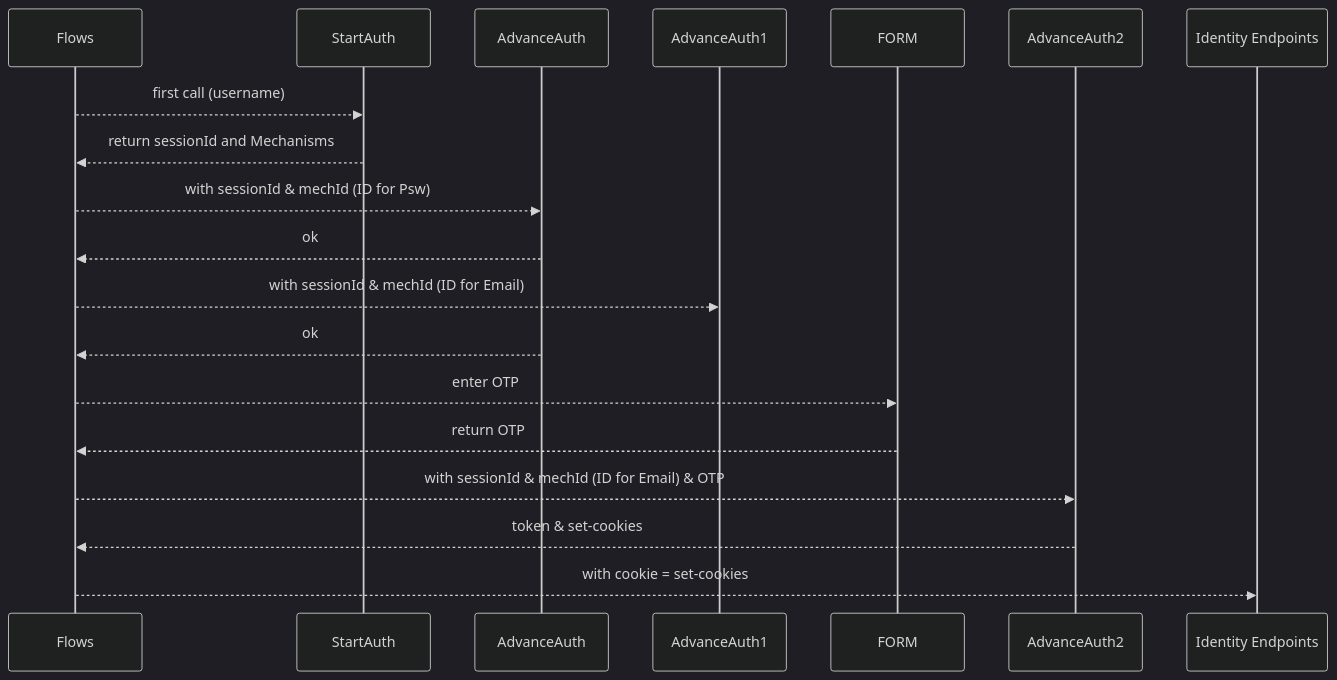
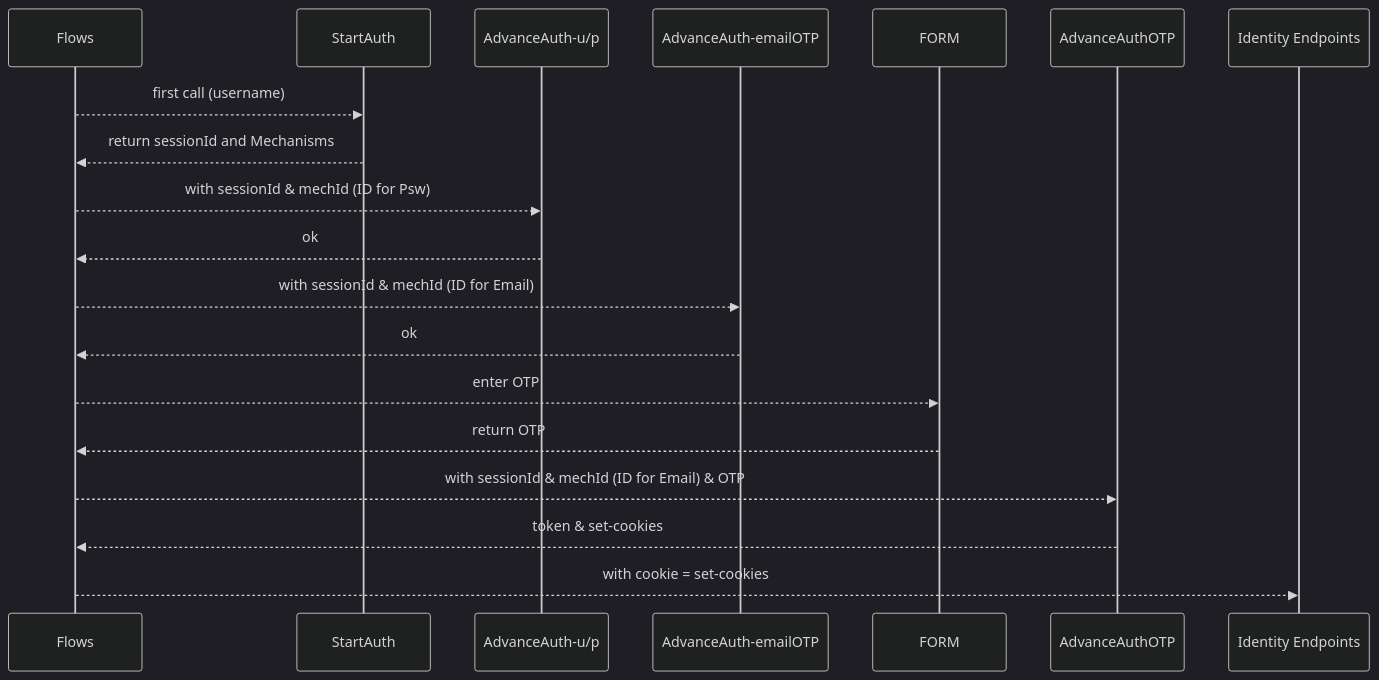
The second of 3 diagrams in FLOWS/Tutorial-Materials/T1-17-CyberArk Identity Bearer token/UserContextAuthentication/readme.md (horemansp/CyberArk), drawn with Mermaid (dark theme) before and after one commit.

````diff
--- a/FLOWS/Tutorial-Materials/T1-17-CyberArk Identity Bearer token/UserContextAuthentication/readme.md
+++ b/FLOWS/Tutorial-Materials/T1-17-CyberArk Identity Bearer token/UserContextAuthentication/readme.md
@@ -17,14 +17,14 @@
 ```mermaid
 sequenceDiagram
 Flows-->>StartAuth:first call (username)
 StartAuth-->>Flows:return sessionId and Mechanisms
-Flows-->>AdvanceAuth:with sessionId & mechId (ID for Psw)
-AdvanceAuth-->>Flows:ok
-Flows-->>AdvanceAuth1:with sessionId & mechId (ID for Email)
-AdvanceAuth-->>Flows:ok
+Flows-->>AdvanceAuth-u/p:with sessionId & mechId (ID for Psw)
+AdvanceAuth-u/p-->>Flows:ok
+Flows-->>AdvanceAuth-emailOTP:with sessionId & mechId (ID for Email)
+AdvanceAuth-emailOTP-->>Flows:ok
 Flows-->>FORM: enter OTP
 FORM-->>Flows:return OTP
-Flows-->>AdvanceAuth2:with sessionId & mechId (ID for Email) & OTP
-AdvanceAuth2-->>Flows:token & set-cookies
+Flows-->>AdvanceAuthOTP:with sessionId & mechId (ID for Email) & OTP
+AdvanceAuthOTP-->>Flows:token & set-cookies
 Flows-->>Identity Endpoints: with cookie = set-cookies
 ```
````
